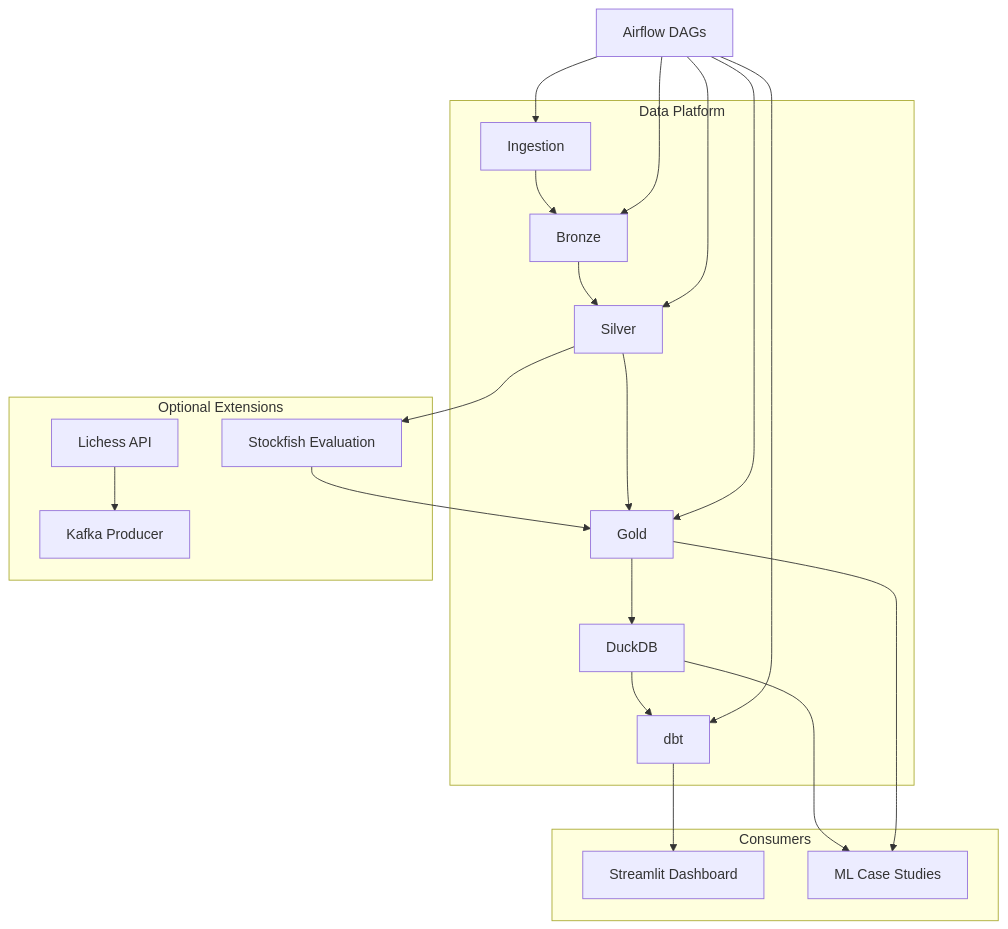
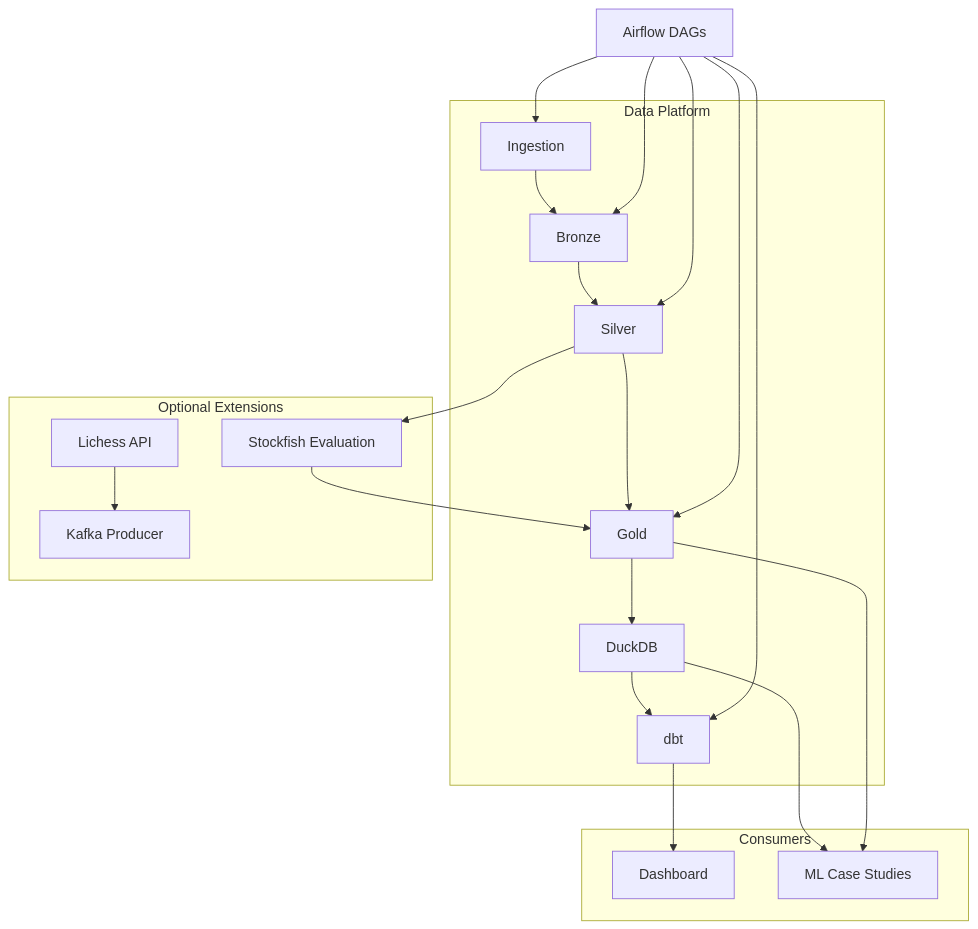
One commit to tonquoc0407/KnightVision changed the first of 2 diagrams in docs/FEATURES.md. Above: the diagram before and after it, drawn with Mermaid. The commit also changed other lines of this file and 26 other files, not shown here.

````diff
--- a/docs/FEATURES.md
+++ b/docs/FEATURES.md
@@ -5,28 +5,28 @@
 ```mermaid
 flowchart TB
     subgraph DataPlatform[Data Platform]
         I[Ingestion] --> B[Bronze]
         B --> S[Silver]
         S --> G[Gold]
         G --> W[DuckDB]
         W --> D[dbt]
     end
 
     subgraph Consumers[Consumers]
-        D --> Dash[Streamlit Dashboard]
+        D --> Dash[Dashboard]
         W --> ML[ML Case Studies]
         G --> ML
     end
 
     subgraph Optional[Optional Extensions]
         API[Lichess API] --> K[Kafka Producer]
         S --> SF[Stockfish Evaluation]
         SF --> G
     end
 
     Airflow[Airflow DAGs] --> I
     Airflow --> B
     Airflow --> S
     Airflow --> G
     Airflow --> D
 ```
````
